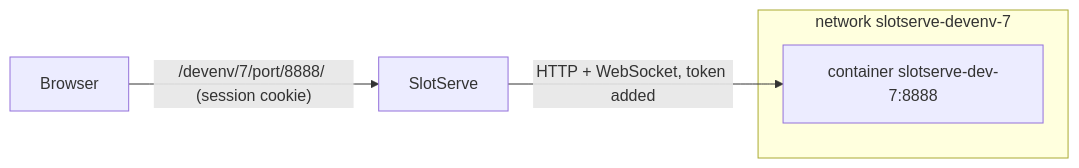
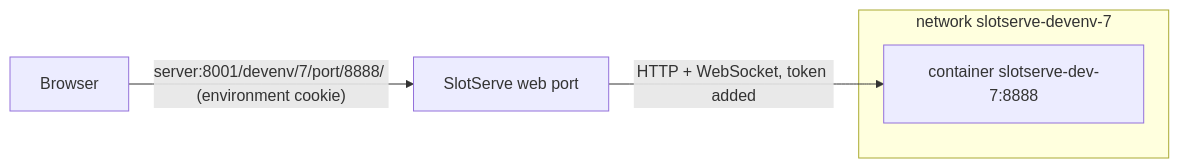
One commit to PelerYuan/slotserve changed the second of 3 diagrams in docs/dev-environments.md. Above: the diagram before and after it, drawn with Mermaid. The commit also changed other lines of this file and 34 other files, not shown here.

First line of the commit message:
Dev environment ports: direct host ports, runtime ports and a separate web origin

````diff
--- a/docs/dev-environments.md
+++ b/docs/dev-environments.md
@@ -81,8 +81,8 @@
 ```mermaid
 flowchart LR
-    B[Browser] -- "/devenv/7/port/8888/ (session cookie)" --> S[SlotServe]
-    S -- "HTTP + WebSocket, token added" --> C["container slotserve-dev-7:8888"]
+    B[Browser] -- "server:8001/devenv/7/port/8888/ (environment cookie)" --> W[SlotServe web port]
+    W -- "HTTP + WebSocket, token added" --> C["container slotserve-dev-7:8888"]
     subgraph N["network slotserve-devenv-7"]
         C
     end
 ```
````
